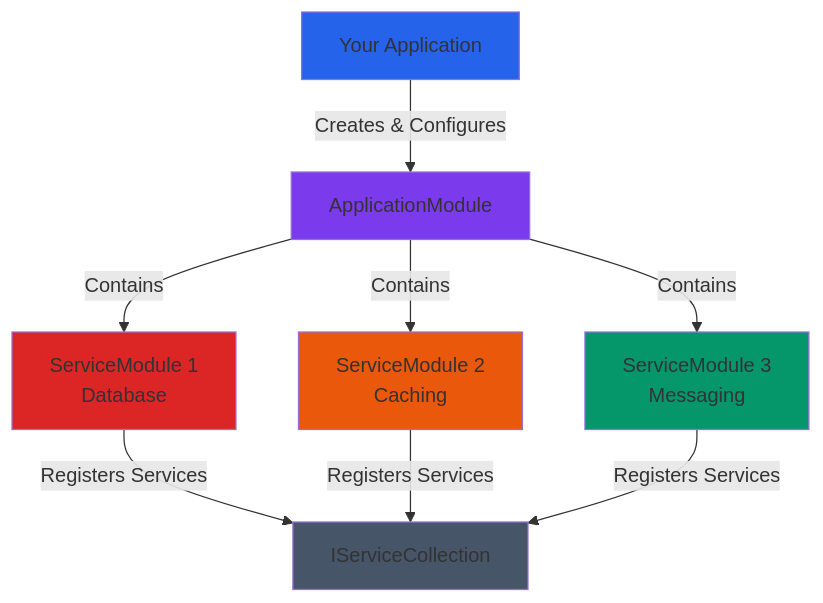
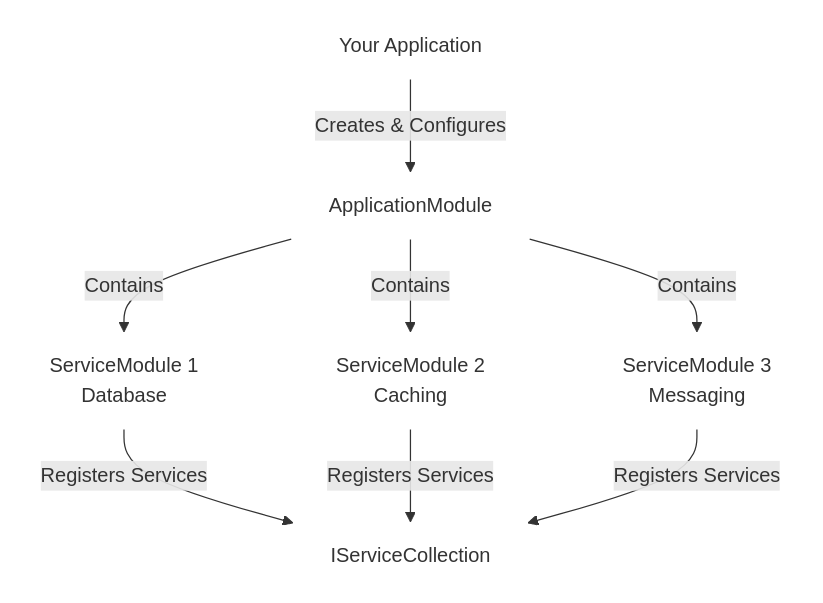
One commit to Aurora-Science-Hub/Framework changed the diagram in src/Composition/Readme.md. Above: the diagram before and after it, drawn with Mermaid.

````diff
--- a/src/Composition/Readme.md
+++ b/src/Composition/Readme.md
@@ -27,25 +27,25 @@
 ```mermaid
 graph TD
     App[Your Application]
     AppModule[ApplicationModule]
     SM1[ServiceModule 1<br/>Database]
     SM2[ServiceModule 2<br/>Caching]
     SM3[ServiceModule 3<br/>Messaging]
     Services[IServiceCollection]
 
     App -->|Creates & Configures| AppModule
     AppModule -->|Contains| SM1
     AppModule -->|Contains| SM2
     AppModule -->|Contains| SM3
 
     SM1 -->|Registers Services| Services
     SM2 -->|Registers Services| Services
     SM3 -->|Registers Services| Services
 
-    style App fill:#2563eb
-    style AppModule fill:#7c3aed
-    style SM1 fill:#dc2626
-    style SM2 fill:#ea580c
-    style SM3 fill:#059669
-    style Services fill:#475569
+    style App fill:none,stroke:none
+    style AppModule fill:none,stroke:none
+    style SM1 fill:none,stroke:none
+    style SM2 fill:none,stroke:none
+    style SM3 fill:none,stroke:none
+    style Services fill:none,stroke:none
 ```
````
